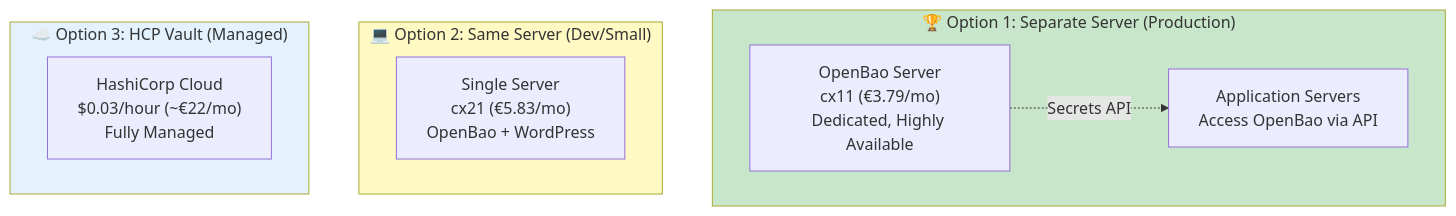
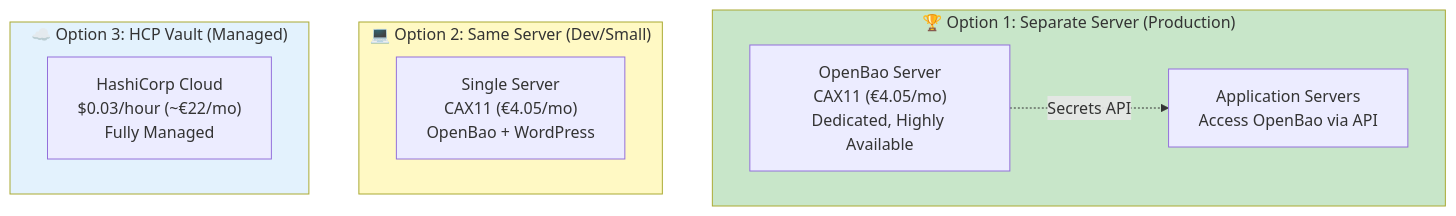
Before and after one commit to malpanez/hetzner-secure-infrastructure: the first of 3 diagrams in docs/infrastructure/OPENBAO_DEPLOYMENT.md, drawn with Mermaid. The commit also changed other lines of this file and 38 other files, not shown here.

````diff
--- a/docs/infrastructure/OPENBAO_DEPLOYMENT.md
+++ b/docs/infrastructure/OPENBAO_DEPLOYMENT.md
@@ -43,21 +43,21 @@
 ```mermaid
 graph TB
     subgraph option1["🏆 Option 1: Separate Server (Production)"]
-        openbao1["OpenBao Server<br/>cx11 (€3.79/mo)<br/>Dedicated, Highly Available"]
+        openbao1["OpenBao Server<br/>CAX11 (€4.05/mo)<br/>Dedicated, Highly Available"]
         app1["Application Servers<br/>Access OpenBao via API"]
 
         openbao1 -.->|Secrets API| app1
     end
 
     subgraph option2["💻 Option 2: Same Server (Dev/Small)"]
-        combined["Single Server<br/>cx21 (€5.83/mo)<br/>OpenBao + WordPress"]
+        combined["Single Server<br/>CAX11 (€4.05/mo)<br/>OpenBao + WordPress"]
     end
 
     subgraph option3["☁️ Option 3: HCP Vault (Managed)"]
         hcp["HashiCorp Cloud<br/>$0.03/hour (~€22/mo)<br/>Fully Managed"]
     end
 
     style option1 fill:#c8e6c9
     style option2 fill:#fff9c4
     style option3 fill:#e3f2fd
 ```
````
